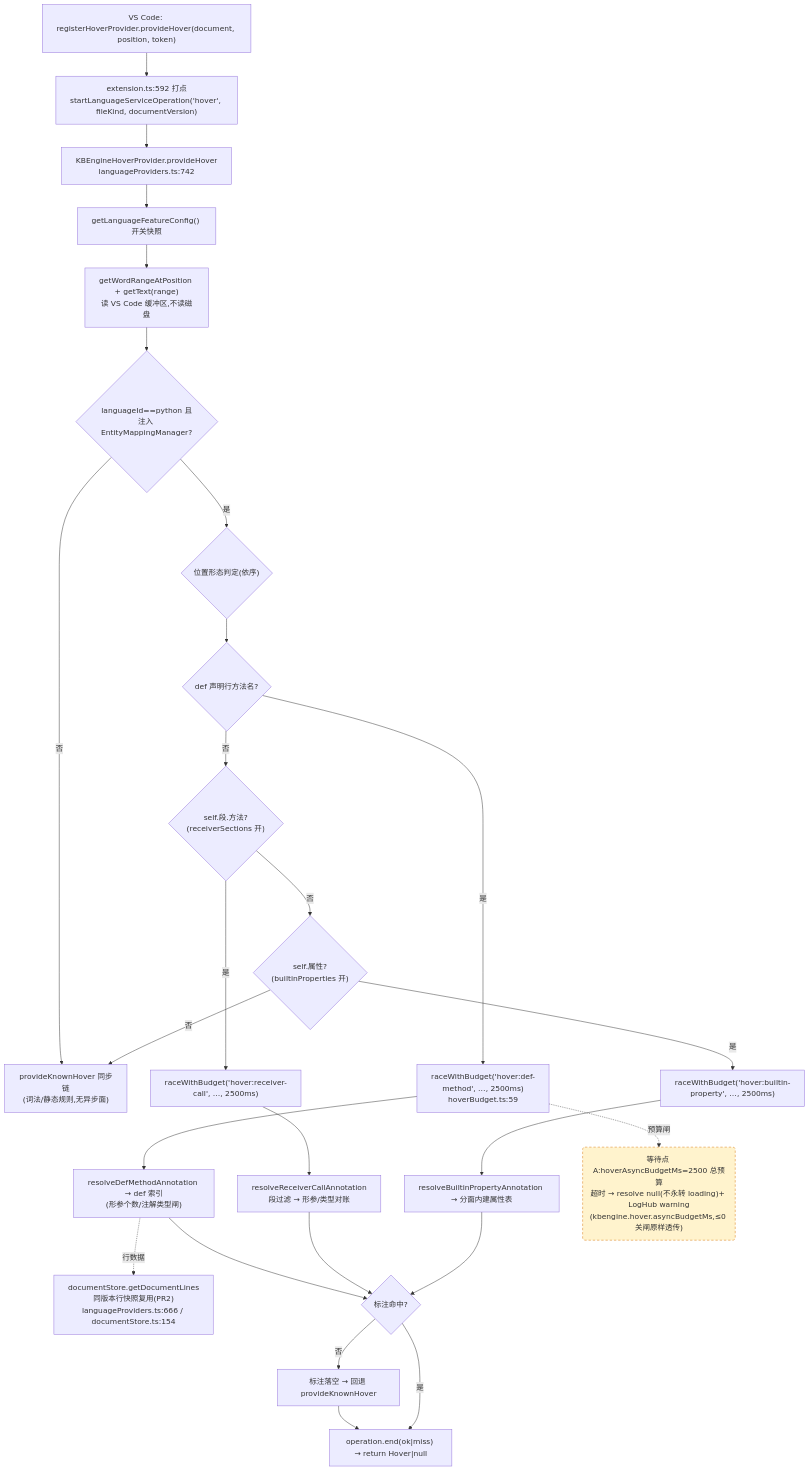
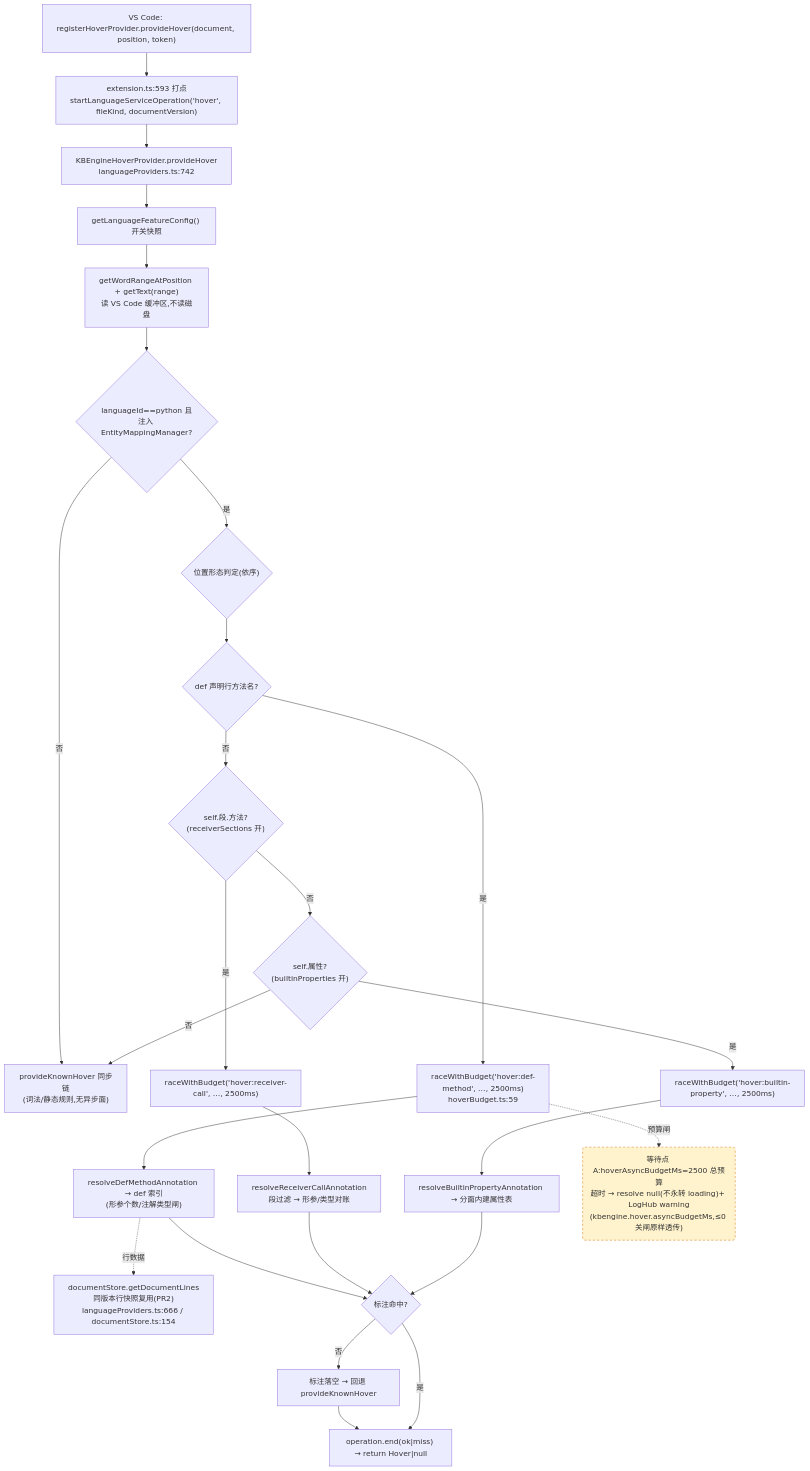
One commit to cuihairu/kode changed the first of 4 diagrams in docs/perf/2026-baseline.md. Above: the diagram before and after it, drawn with Mermaid. The commit also changed other lines of this file and 9 other files, not shown here.

````diff
--- a/docs/perf/2026-baseline.md
+++ b/docs/perf/2026-baseline.md
@@ -82,45 +82,45 @@
 ```mermaid
 flowchart TD
   VC1["VS Code: registerHoverProvider.provideHover(document, position, token)"]
-  M1["extension.ts:592 打点<br/>startLanguageServiceOperation('hover', fileKind, documentVersion)"]
+  M1["extension.ts:593 打点<br/>startLanguageServiceOperation('hover', fileKind, documentVersion)"]
   HP["KBEngineHoverProvider.provideHover<br/>languageProviders.ts:742"]
   CFG["getLanguageFeatureConfig() 开关快照"]
   WORD["getWordRangeAtPosition + getText(range)<br/>读 VS Code 缓冲区,不读磁盘"]
   BR{"languageId==python 且<br/>注入 EntityMappingManager?"}
   KN["provideKnownHover 同步链<br/>(词法/静态规则,无异步面)"]
   POS{"位置形态判定(依序)"}
   D1{"def 声明行方法名?"}
   D2{"self.段.方法?<br/>(receiverSections 开)"}
   D3{"self.属性?<br/>(builtinProperties 开)"}
   RA1["raceWithBudget('hover:def-method', …, 2500ms)<br/>hoverBudget.ts:59"]
   RA2["raceWithBudget('hover:receiver-call', …, 2500ms)"]
   RA3["raceWithBudget('hover:builtin-property', …, 2500ms)"]
   RS1["resolveDefMethodAnnotation → def 索引<br/>(形参个数/注解类型闸)"]
   RS2["resolveReceiverCallAnnotation<br/>段过滤 → 形参/类型对账"]
   RS3["resolveBuiltinPropertyAnnotation → 分面内建属性表"]
   LINES["documentStore.getDocumentLines<br/>同版本行快照复用(PR2)<br/>languageProviders.ts:666 / documentStore.ts:154"]
   MISS["标注落空 → 回退 provideKnownHover"]
   END1["operation.end(ok|miss) → return Hover|null"]
 
   VC1 --> M1 --> HP --> CFG --> WORD --> BR
   BR -- "否" --> KN
   BR -- "是" --> POS --> D1
   D1 -- "是" --> RA1 --> RS1
   D1 -- "否" --> D2
   D2 -- "是" --> RA2 --> RS2
   D2 -- "否" --> D3
   D3 -- "是" --> RA3 --> RS3
   D3 -- "否" --> KN
   RS1 --> HIT{"标注命中?"}
   RS2 --> HIT
   RS3 --> HIT
   RS1 -.->|行数据| LINES
   HIT -- "否" --> MISS --> END1
   HIT -- "是" --> END1
 
   WAITA("等待点 A:hoverAsyncBudgetMs=2500 总预算<br/>超时 → resolve null(不永转 loading)+ LogHub warning<br/>(kbengine.hover.asyncBudgetMs,≤0 关闸原样透传)")
   RA1 -.->|预算闸| WAITA
 
   classDef waitPoint fill:#fff3cd,stroke:#d97706,stroke-dasharray:5 4;
   class WAITA waitPoint;
 ```
````
